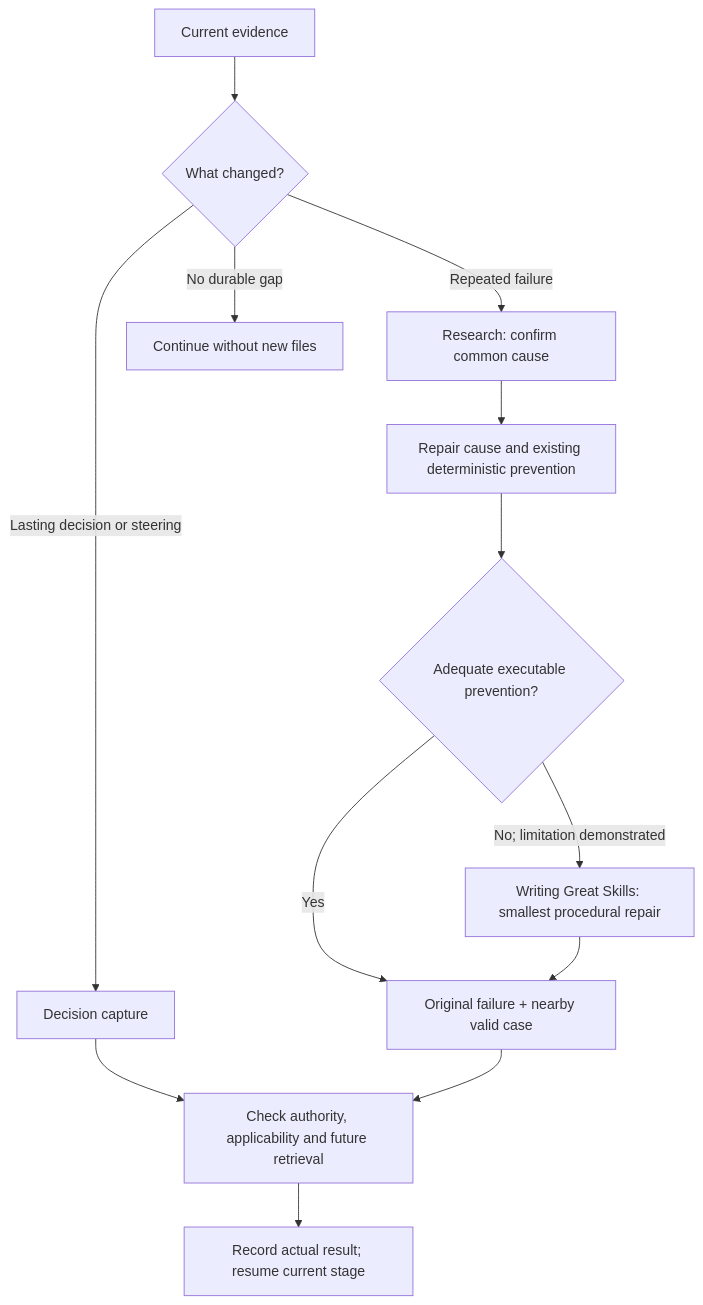
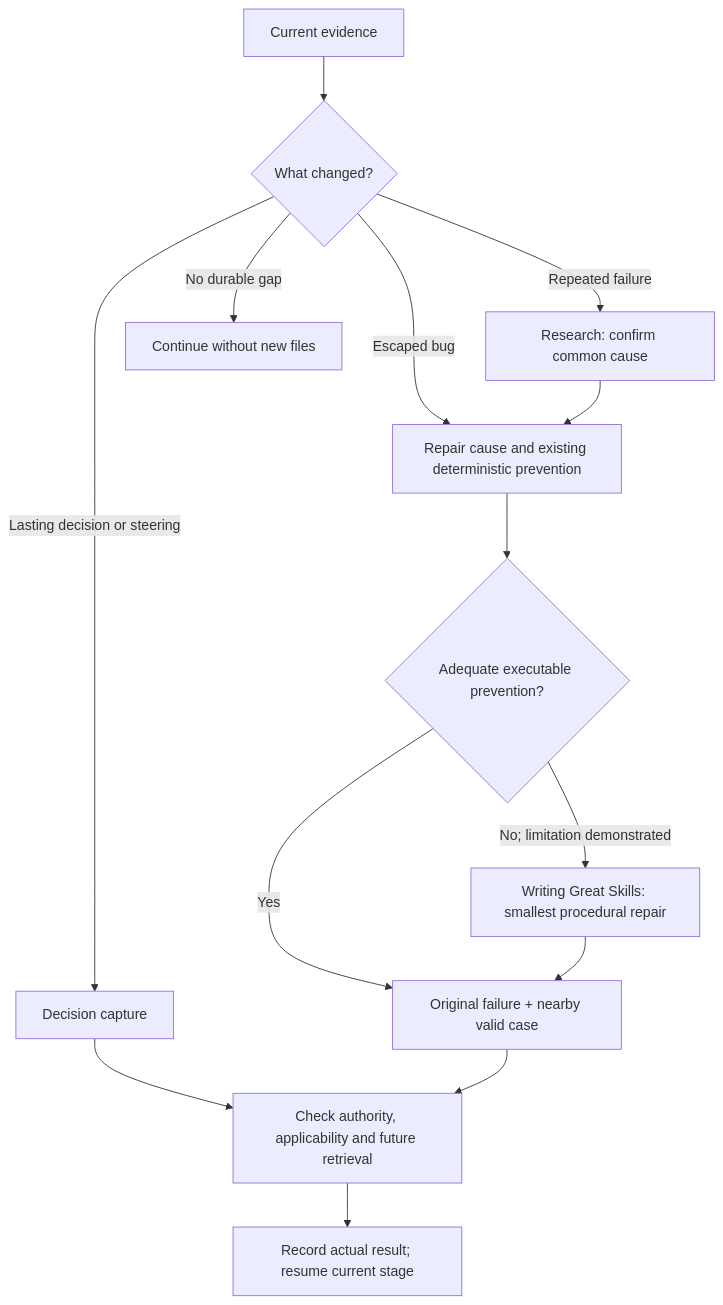
Before and after one commit to sgaabdu4/vault_storage: the diagram in .agents/skills/he-learn/SKILL.md, drawn with Mermaid. The commit also changed other lines of this file and 56 other files, not shown here.

````diff
--- a/.agents/skills/he-learn/SKILL.md
+++ b/.agents/skills/he-learn/SKILL.md
@@ -11,19 +11,20 @@
 ```mermaid
 flowchart TD
   E[Current evidence] --> T{What changed?}
   T -->|Repeated failure| R[Research: confirm common cause]
+  T -->|Escaped bug| P
   T -->|Lasting decision or steering| A[Decision capture]
   T -->|No durable gap| N[Continue without new files]
   R --> P[Repair cause and existing deterministic prevention]
   P --> L{Adequate executable prevention?}
   L -->|Yes| V[Original failure + nearby valid case]
   L -->|No; limitation demonstrated| S[Writing Great Skills: smallest procedural repair]
   S --> V
   A --> U[Check authority, applicability and future retrieval]
   V --> U
   U --> D[Record actual result; resume current stage]
   click R "../research/references/troubleshooting.md"
   click A "references/decisions.md"
   click S "../writing-great-skills/SKILL.md"
   click V "../he/references/testing.md"
 ```
````
